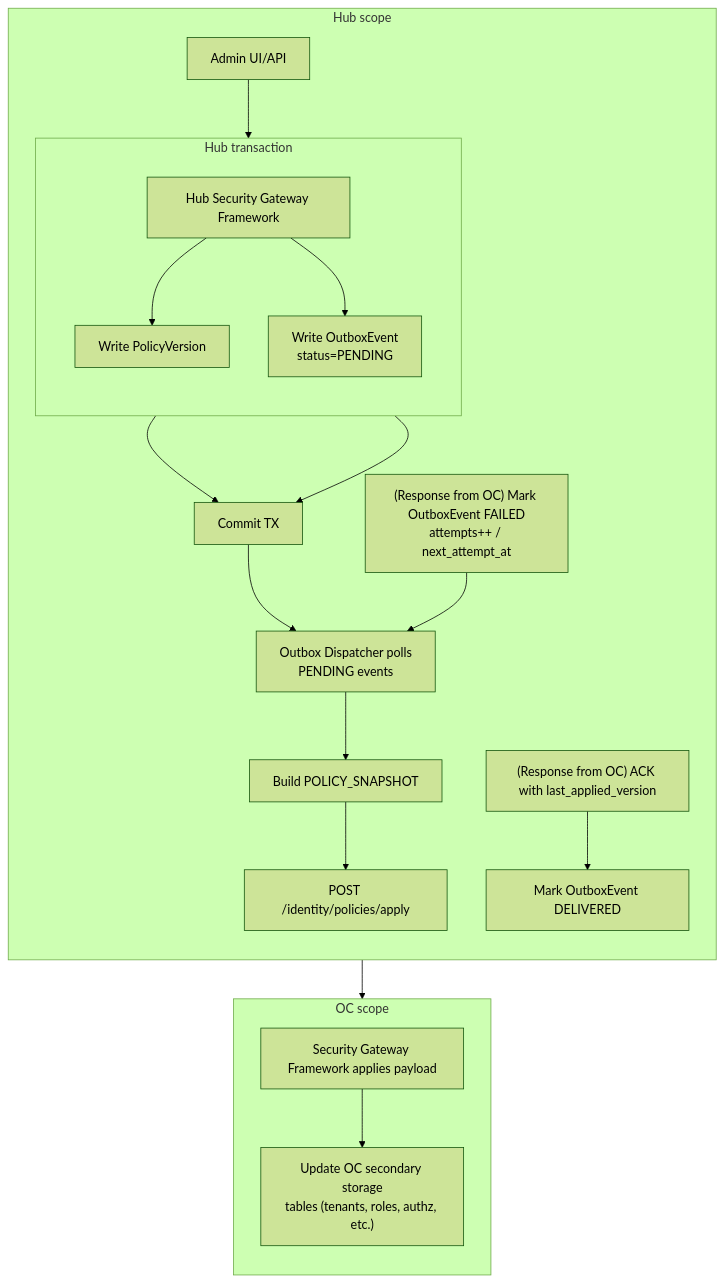
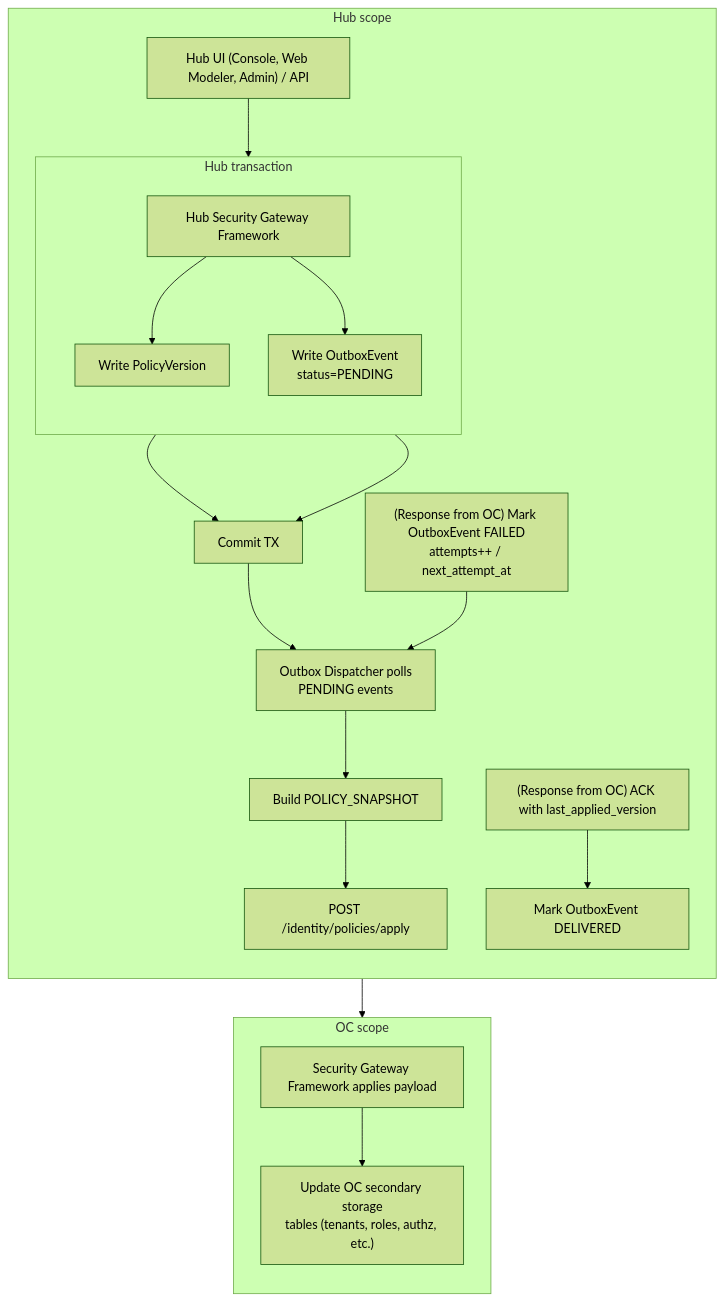
The eighth of 22 diagrams in docs/architecture_docs.md (camunda/camunda-security-library), drawn with Mermaid (forest theme) before and after one commit. The commit also changed other lines of this file, not shown here.

First line of the commit message:
docs: Refined architecture doc:

````diff
--- a/docs/architecture_docs.md
+++ b/docs/architecture_docs.md
@@ -710,30 +747,30 @@
 ```mermaid
 flowchart TB
   subgraph HUB["Hub scope"]
     direction TB
-    Admin["Admin UI/API"] --> HubSvc["Hub Security Gateway Framework"]
+    HubUi["Hub UI (Console, Web Modeler, Admin) / API"] --> HubSvc["Hub Security Gateway Framework"]
 
     subgraph HubTx["Hub transaction"]
       direction TB
       HubSvc --> WritePolicy["Write PolicyVersion"]
       HubSvc --> WriteOutbox["Write OutboxEvent</br>status=PENDING"]
     end
 
     WritePolicy & WriteOutbox --> Commit["Commit TX"]
     Commit --> Poll["Outbox Dispatcher polls</br>PENDING events"]
     Poll --> Snapshot["Build POLICY_SNAPSHOT"]
     Snapshot --> Send["POST /identity/policies/apply"]
     Ack["(Response from OC) ACK with last_applied_version"] --> Delivered["Mark OutboxEvent DELIVERED"]
     Failed["(Response from OC) Mark OutboxEvent FAILED</br>attempts++ / next_attempt_at"] --> Poll
   end
 
   subgraph OC_SCOPE["OC scope"]
     direction TB
     OCApply["Security Gateway Framework applies payload"]
     UpdateStorage["Update OC secondary storage</br>tables (tenants, roles, authz, etc.)"]
 
     OCApply --> UpdateStorage
   end
 
   Send --> OCApply
 ```
````
